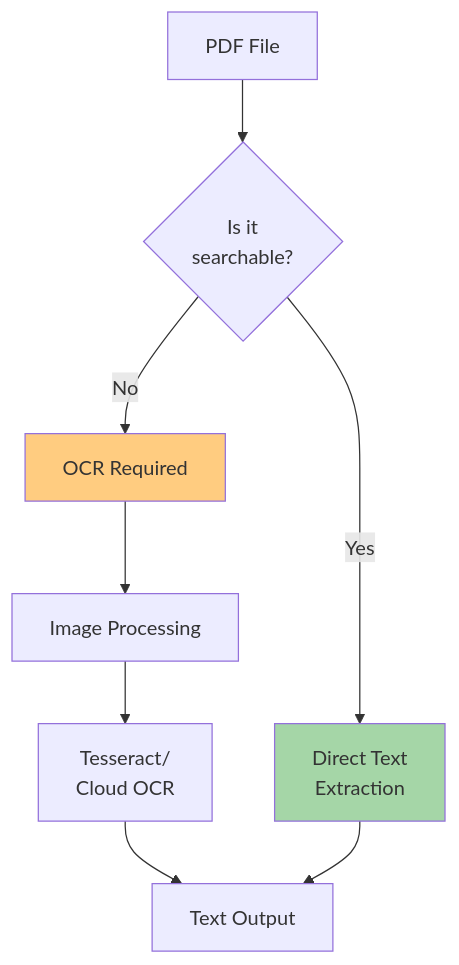
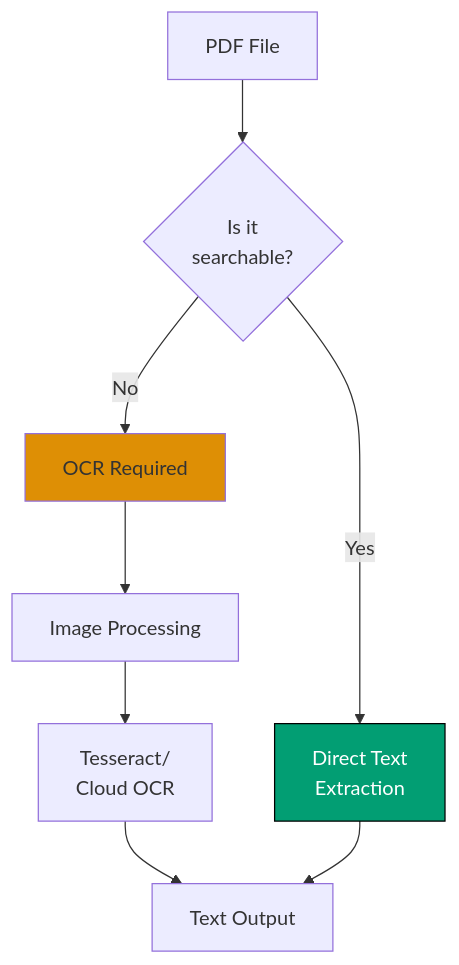
One commit to wahidyankf/open-sharia-enterprise changed the second of 8 diagrams in docs/tutorials/ai-engineering/tu-aien__chat-with-pdf.md. Above: the diagram before and after it, drawn with Mermaid. The commit also changed other lines of this file and 22 other files, not shown here.

First line of the commit message:
docs(diagrams): ensure all mermaid diagrams use color-blind friendly palette

````diff
--- a/docs/tutorials/ai-engineering/tu-aien__chat-with-pdf.md
+++ b/docs/tutorials/ai-engineering/tu-aien__chat-with-pdf.md
@@ -123,13 +129,13 @@
 ```mermaid
 graph TB
 	A[PDF File] --> B{Is it<br/>searchable?}
 	B -->|Yes| C[Direct Text<br/>Extraction]
 	B -->|No| D[OCR Required]
 	D --> E[Image Processing]
 	E --> F[Tesseract/<br/>Cloud OCR]
 	F --> G[Text Output]
 	C --> G
 
-	style C fill:#a5d6a7
-	style D fill:#ffcc80
+	style C fill:#029E73,stroke:#000000,color:#FFFFFF
+	style D fill:#DE8F05
 ```
````
